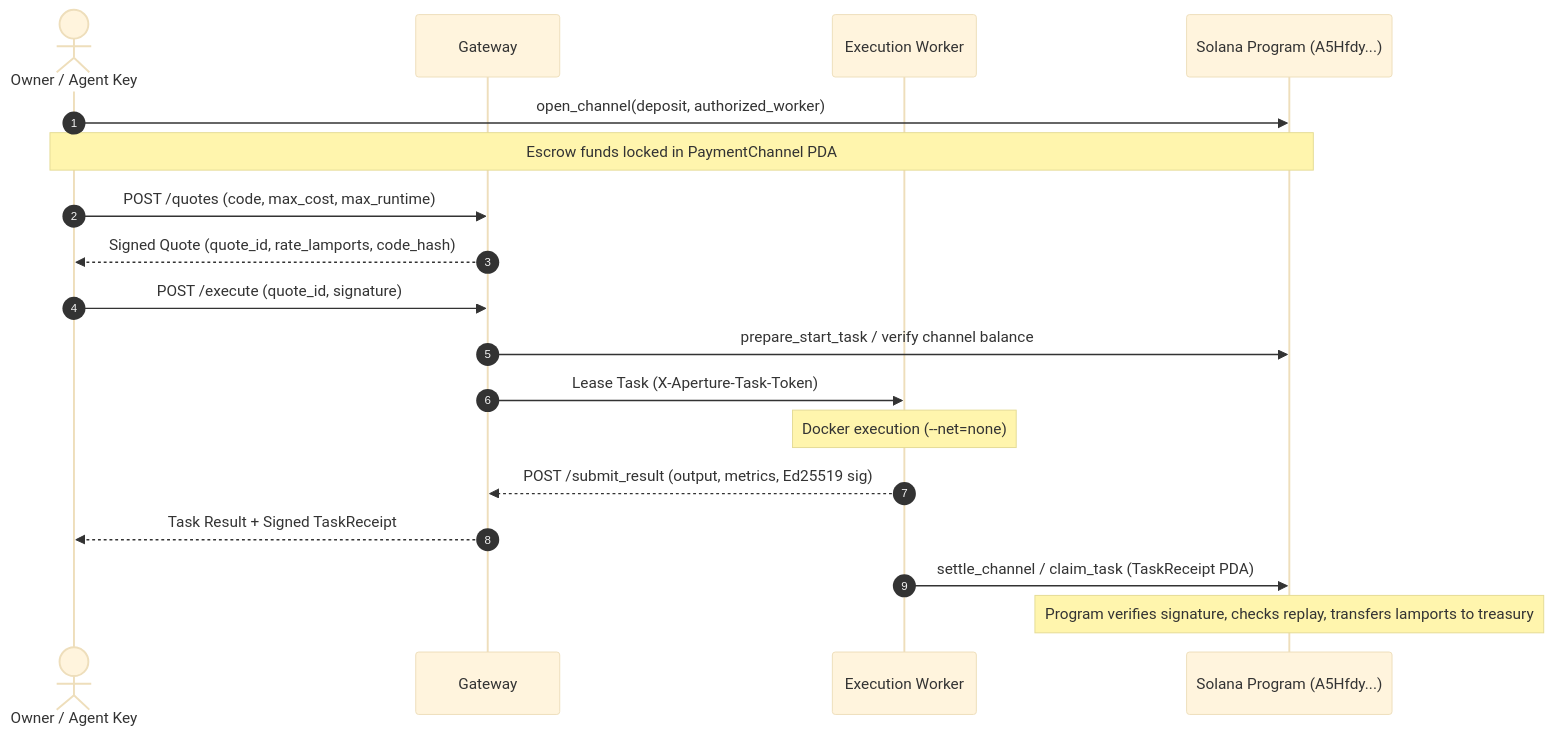
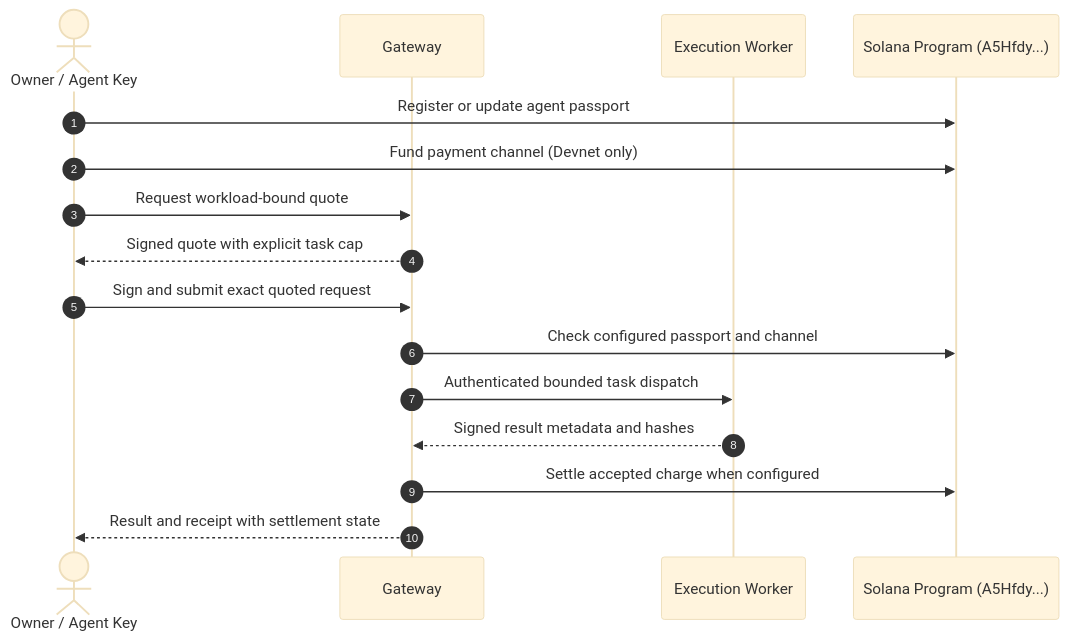
The second of 2 diagrams in docs/WHITEPAPER.md (AliNurym/aperture-ai-gateway), drawn with Mermaid (base theme) before and after one commit. The commit also changed other lines of this file and 101 other files, not shown here.

````diff
--- a/docs/WHITEPAPER.md
+++ b/docs/WHITEPAPER.md
@@ -197,21 +123,19 @@
 ```mermaid
 sequenceDiagram
     autonumber
     actor Principal as Owner / Agent Key
     participant GW as Gateway
     participant Worker as Execution Worker
     participant Solana as Solana Program (A5Hfdy...)
 
-    Principal->>Solana: open_channel(deposit, authorized_worker)
-    Note over Principal,Solana: Escrow funds locked in PaymentChannel PDA
-    Principal->>GW: POST /quotes (code, max_cost, max_runtime)
-    GW-->>Principal: Signed Quote (quote_id, rate_lamports, code_hash)
-    Principal->>GW: POST /execute (quote_id, signature)
-    GW->>Solana: prepare_start_task / verify channel balance
-    GW->>Worker: Lease Task (X-Aperture-Task-Token)
-    Note over Worker: Docker execution (--net=none)
-    Worker-->>GW: POST /submit_result (output, metrics, Ed25519 sig)
-    GW-->>Principal: Task Result + Signed TaskReceipt
-    Worker->>Solana: settle_channel / claim_task (TaskReceipt PDA)
-    Note over Solana: Program verifies signature, checks replay, transfers lamports to treasury
+    Principal->>Solana: Register or update agent passport
+    Principal->>Solana: Fund payment channel (Devnet only)
+    Principal->>GW: Request workload-bound quote
+    GW-->>Principal: Signed quote with explicit task cap
+    Principal->>GW: Sign and submit exact quoted request
+    GW->>Solana: Check configured passport and channel
+    GW->>Worker: Authenticated bounded task dispatch
+    Worker-->>GW: Signed result metadata and hashes
+    GW->>Solana: Settle accepted charge when configured
+    GW-->>Principal: Result and receipt with settlement state
 ```
````
